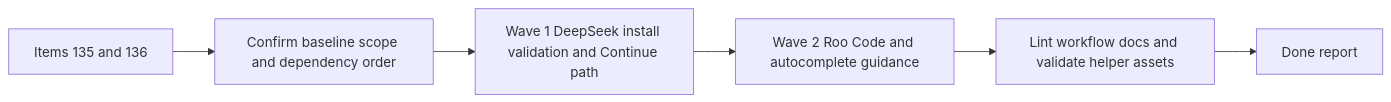
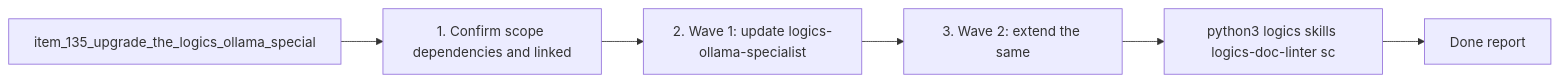
The diagram in logics/tasks/task_098_orchestration_delivery_for_req_086_and_req_087_local_ollama_coding_workflows.md (AlexAgo83/logics-manager), drawn with Mermaid before and after one commit. The commit also changed other lines of this file and 481 other files, not shown here.

Commit message:
Normalize Logics docs and workflow indicators

````diff
--- a/logics/tasks/task_098_orchestration_delivery_for_req_086_and_req_087_local_ollama_coding_workflows.md
+++ b/logics/tasks/task_098_orchestration_delivery_for_req_086_and_req_087_local_ollama_coding_workflows.md
@@ -27,10 +27,10 @@
 ```mermaid
 %% logics-kind: task
 %% logics-signature: task|orchestration-delivery-for-req-086-and-r|item-135-upgrade-the-logics-ollama-speci|1-confirm-scope-dependencies-and-linked|python3-logics-skills-logics-doc-linter-
 flowchart LR
-    Backlog[Items 135 and 136] --> Step1[Confirm baseline scope and dependency order]
-    Step1 --> Step2[Wave 1 DeepSeek install validation and Continue path]
-    Step2 --> Step3[Wave 2 Roo Code and autocomplete guidance]
-    Step3 --> Validation[Lint workflow docs and validate helper assets]
+    Backlog[item_135_upgrade_the_logics_ollama_special] --> Step1[1. Confirm scope dependencies and linked]
+    Step1 --> Step2[2. Wave 1: update logics-ollama-specialist]
+    Step2 --> Step3[3. Wave 2: extend the same]
+    Step3 --> Validation[python3 logics skills logics-doc-linter sc]
     Validation --> Report[Done report]
 ```
````
